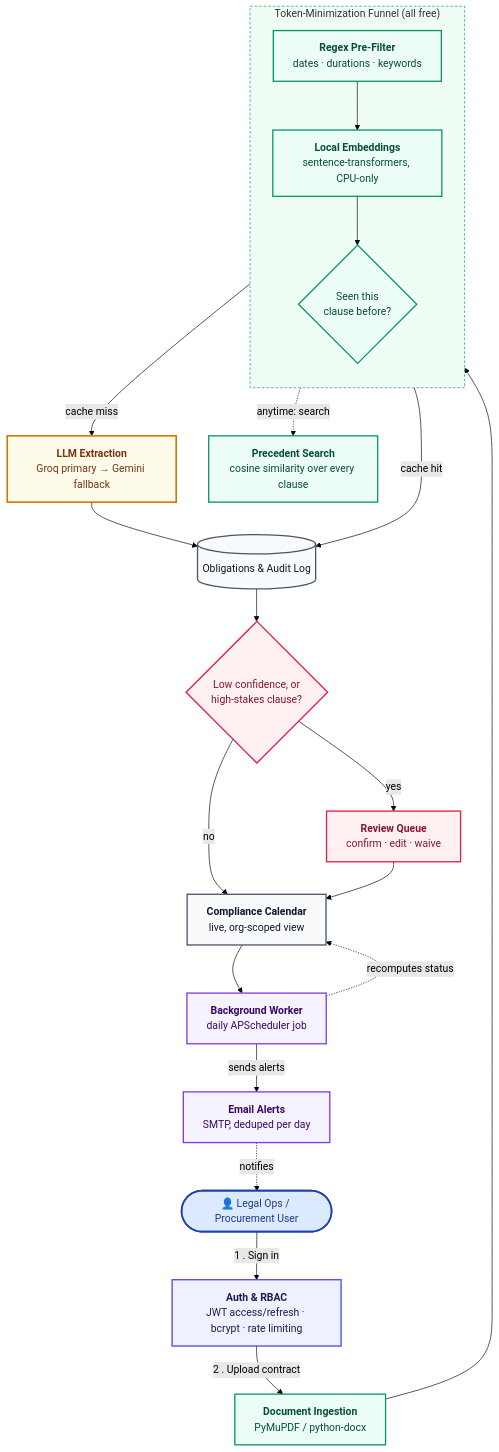
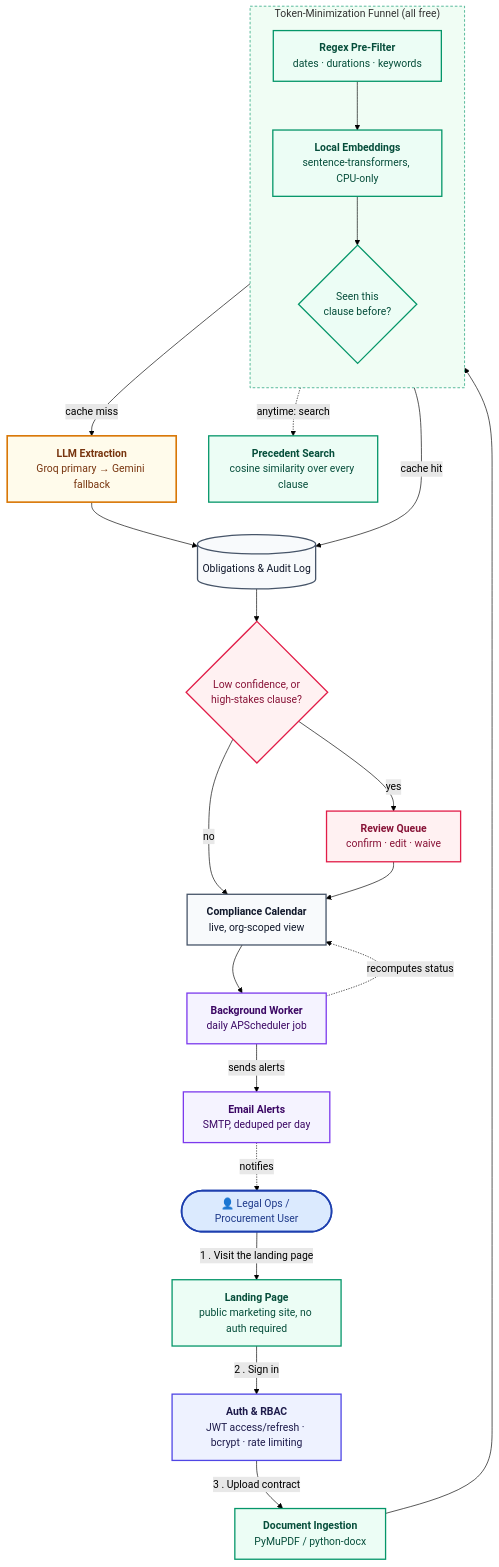
One commit to Naureen39/contract-lifecycle-manager changed the diagram in README.md. Above: the diagram before and after it, drawn with Mermaid (forest theme). The commit also changed other lines of this file and 24 other files, not shown here.

````diff
--- a/README.md
+++ b/README.md
@@ -115,56 +115,59 @@
 ```mermaid
 flowchart TD
     classDef actor fill:#dbeafe,stroke:#1e40af,stroke-width:2.5px,color:#1e3a8a
     classDef auth fill:#eef2ff,stroke:#4f46e5,stroke-width:2px,color:#1e1b4b
     classDef free fill:#ecfdf5,stroke:#059669,stroke-width:2px,color:#064e3b
     classDef paid fill:#fffbeb,stroke:#d97706,stroke-width:2.5px,color:#78350f
     classDef review fill:#fff1f2,stroke:#e11d48,stroke-width:2px,color:#881337
     classDef data fill:#f8fafc,stroke:#475569,stroke-width:2px,color:#0f172a
     classDef worker fill:#f5f3ff,stroke:#7c3aed,stroke-width:2px,color:#3b0764
 
     User(["👤 Legal Ops / Procurement User"]):::actor
 
-    User -->|"1 . Sign in"| Auth["`**Auth & RBAC**
+    User -->|"1 . Visit the landing page"| Landing["`**Landing Page**
+    public marketing site, no auth required`"]:::free
+
+    Landing -->|"2 . Sign in"| Auth["`**Auth & RBAC**
     JWT access/refresh · bcrypt · rate limiting`"]:::auth
 
-    Auth -->|"2 . Upload contract"| Ingest["`**Document Ingestion**
+    Auth -->|"3 . Upload contract"| Ingest["`**Document Ingestion**
     PyMuPDF / python-docx`"]:::free
 
     Ingest --> PreFilter
 
     subgraph Funnel["Token-Minimization Funnel (all free)"]
         direction TB
         PreFilter["`**Regex Pre-Filter**
         dates · durations · keywords`"]:::free
         PreFilter --> Embed["`**Local Embeddings**
         sentence-transformers, CPU-only`"]:::free
         Embed --> DedupCheck{"`Seen this
         clause before?`"}:::free
     end
     style Funnel fill:#f0fdf4,stroke:#059669,stroke-width:1px,stroke-dasharray: 4 3
 
     DedupCheck -->|"cache hit"| Persist
     DedupCheck -->|"cache miss"| LLM["`**LLM Extraction**
     Groq primary → Gemini fallback`"]:::paid
 
     LLM --> Persist[("Obligations & Audit Log")]:::data
 
     Persist --> ReviewCheck{"`Low confidence, or
     high-stakes clause?`"}:::review
     ReviewCheck -->|"yes"| Queue["`**Review Queue**
     confirm · edit · waive`"]:::review
     ReviewCheck -->|"no"| Calendar
     Queue --> Calendar["`**Compliance Calendar**
     live, org-scoped view`"]:::data
 
     Calendar --> Worker["`**Background Worker**
     daily APScheduler job`"]:::worker
     Worker -.->|"recomputes status"| Calendar
     Worker -->|"sends alerts"| Alert["`**Email Alerts**
     SMTP, deduped per day`"]:::worker
 
     Alert -.->|"notifies"| User
 
     Embed -.->|"anytime: search"| Search["`**Precedent Search**
     cosine similarity over every clause`"]:::free
 ```
````
